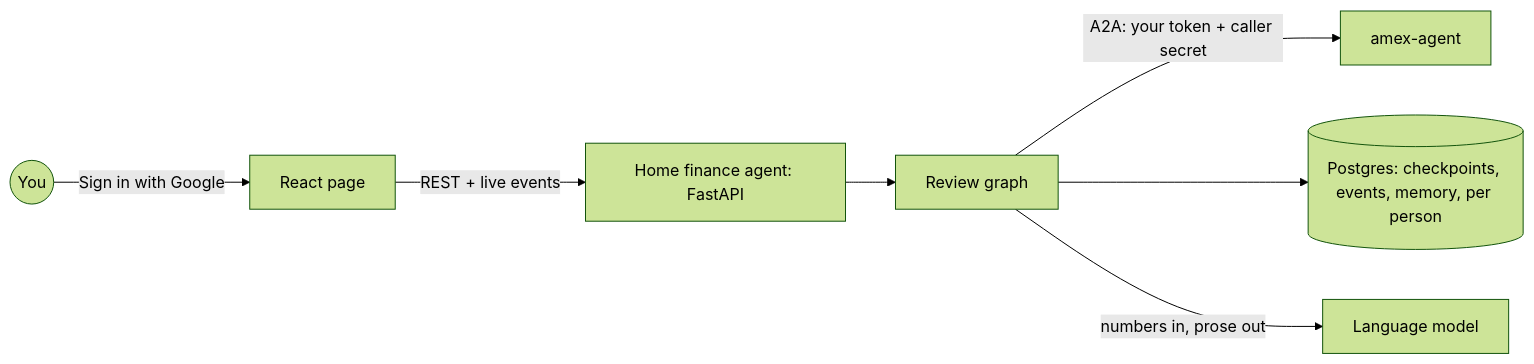
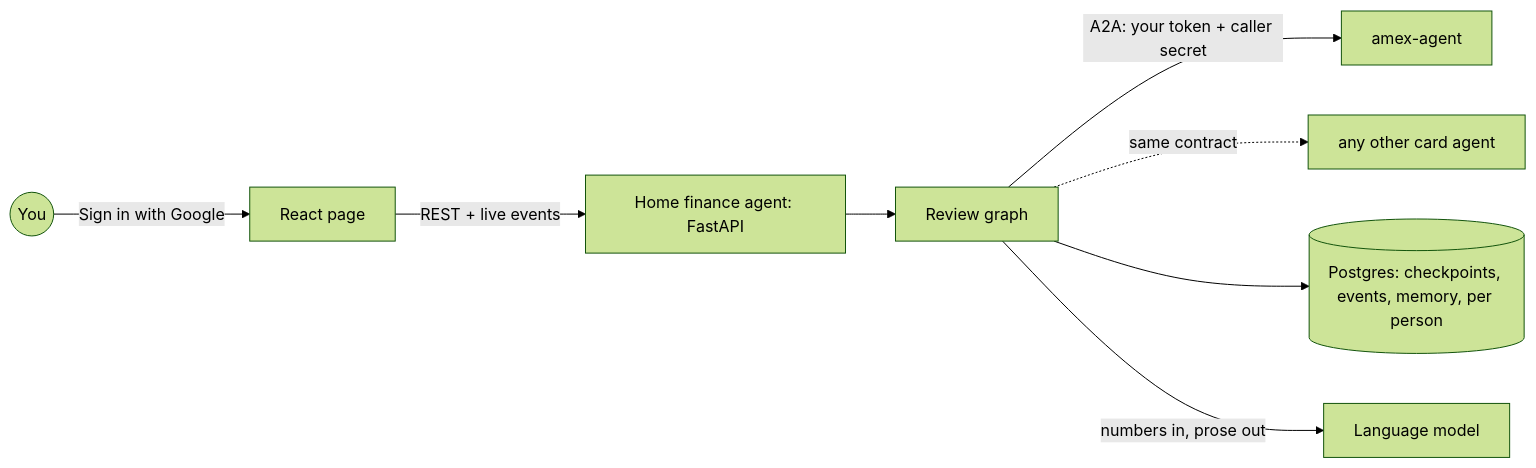
One commit to erancha/home-finance-agent changed the diagram in README.md. Above: the diagram before and after it, drawn with Mermaid (forest theme). The commit also changed other lines of this file and 36 other files, not shown here.

````diff
--- a/README.md
+++ b/README.md
@@ -127,9 +142,10 @@
 ```mermaid
 flowchart LR
   U((You)) -->|Sign in with Google| P[React page]
   P -->|REST + live events| M[Home finance agent: FastAPI]
   M --> G[Review graph]
   G -->|A2A: your token + caller secret| A[amex-agent]
+  G -.->|same contract| B[any other card agent]
   G --> DB[(Postgres: checkpoints, events, memory, per person)]
   G -->|numbers in, prose out| L[Language model]
 ```
````
